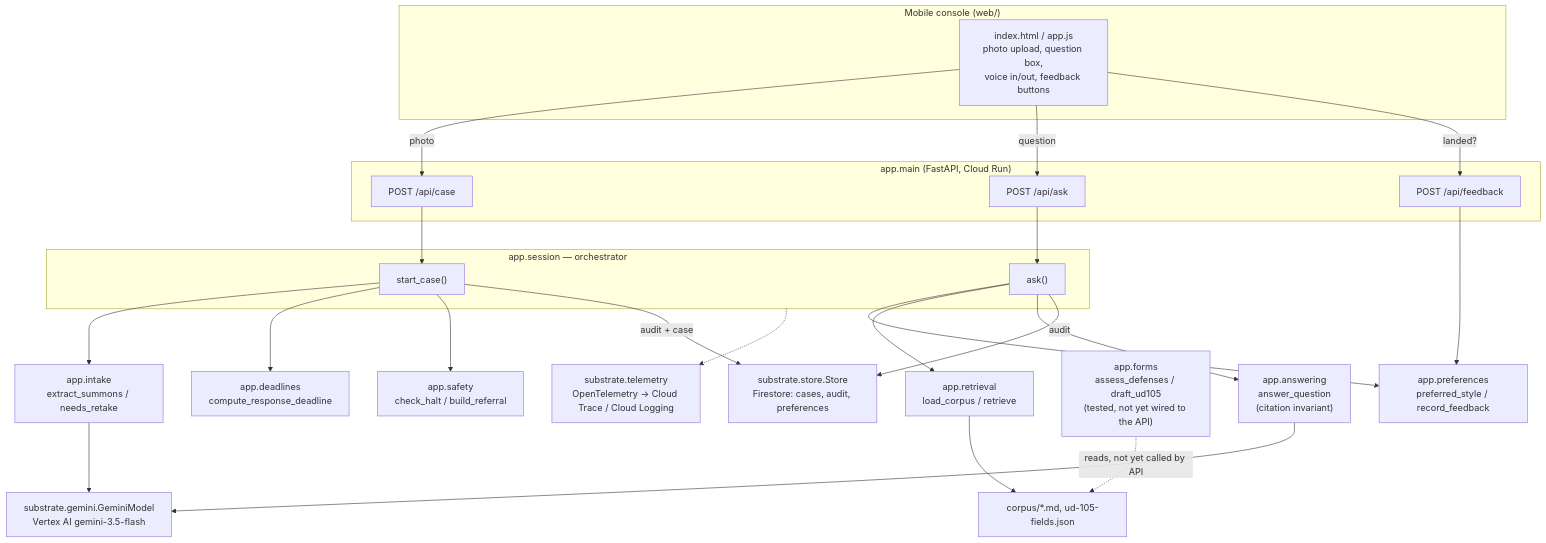
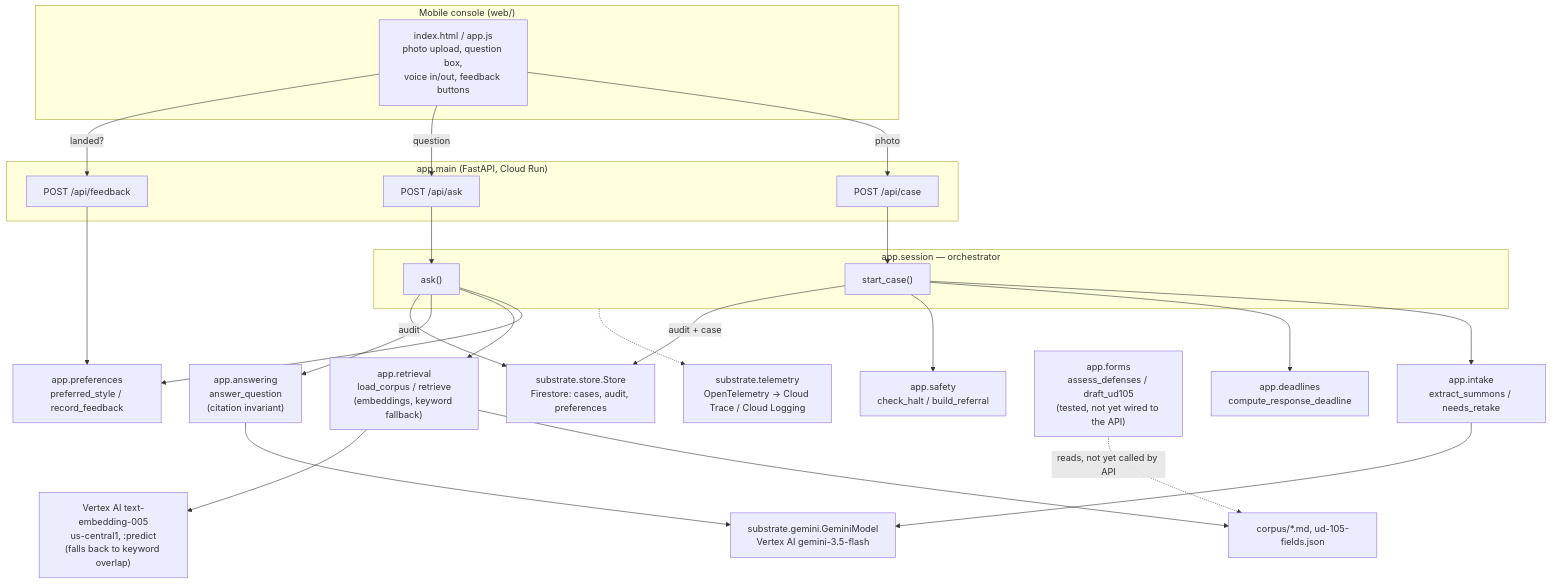
The diagram in ARCHITECTURE.md (christin09110-stack/eviction-response-helper), drawn with Mermaid before and after one commit. The commit also changed other lines of this file and 1 other file, not shown here.

First line of the commit message:
docs(navigator): document embedding retrieval, guards, and the ADC fast-path

````diff
--- a/ARCHITECTURE.md
+++ b/ARCHITECTURE.md
@@ -5,48 +5,50 @@
 ```mermaid
 flowchart TD
     subgraph Client["Mobile console (web/)"]
         UI["index.html / app.js<br/>photo upload, question box,<br/>voice in/out, feedback buttons"]
     end
 
     subgraph API["app.main (FastAPI, Cloud Run)"]
         CaseEP["POST /api/case"]
         AskEP["POST /api/ask"]
         FeedbackEP["POST /api/feedback"]
     end
 
     subgraph Session["app.session — orchestrator"]
         StartCase["start_case()"]
         Ask["ask()"]
     end
 
     Intake["app.intake<br/>extract_summons / needs_retake"]
     Deadlines["app.deadlines<br/>compute_response_deadline"]
     Safety["app.safety<br/>check_halt / build_referral"]
-    Retrieval["app.retrieval<br/>load_corpus / retrieve"]
+    Retrieval["app.retrieval<br/>load_corpus / retrieve<br/>(embeddings, keyword fallback)"]
     Answering["app.answering<br/>answer_question<br/>(citation invariant)"]
     Preferences["app.preferences<br/>preferred_style / record_feedback"]
     Forms["app.forms<br/>assess_defenses / draft_ud105<br/>(tested, not yet wired to the API)"]
 
     Gemini["substrate.gemini.GeminiModel<br/>Vertex AI gemini-3.5-flash"]
+    Embeddings["Vertex AI text-embedding-005<br/>us-central1, :predict<br/>(falls back to keyword overlap)"]
     Store["substrate.store.Store<br/>Firestore: cases, audit, preferences"]
     Corpus["corpus/*.md, ud-105-fields.json"]
     Telemetry["substrate.telemetry<br/>OpenTelemetry -> Cloud Trace / Cloud Logging"]
 
     UI -->|"photo"| CaseEP --> StartCase
     UI -->|"question"| AskEP --> Ask
     UI -->|"landed?"| FeedbackEP --> Preferences
 
     StartCase --> Intake --> Gemini
     StartCase --> Deadlines
     StartCase --> Safety
     StartCase -->|"audit + case"| Store
 
     Ask --> Preferences
     Ask --> Retrieval --> Corpus
+    Retrieval --> Embeddings
     Ask --> Answering --> Gemini
     Ask -->|"audit"| Store
 
     Forms -.->|"reads, not yet called by API"| Corpus
 
     Session -.-> Telemetry
 ```
````
